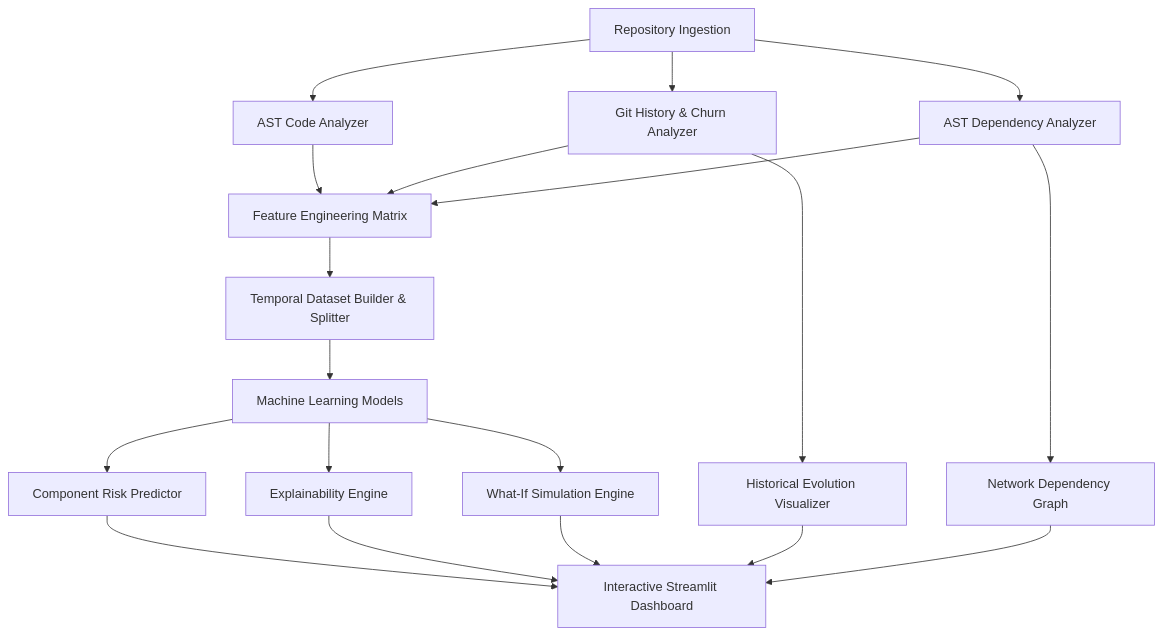
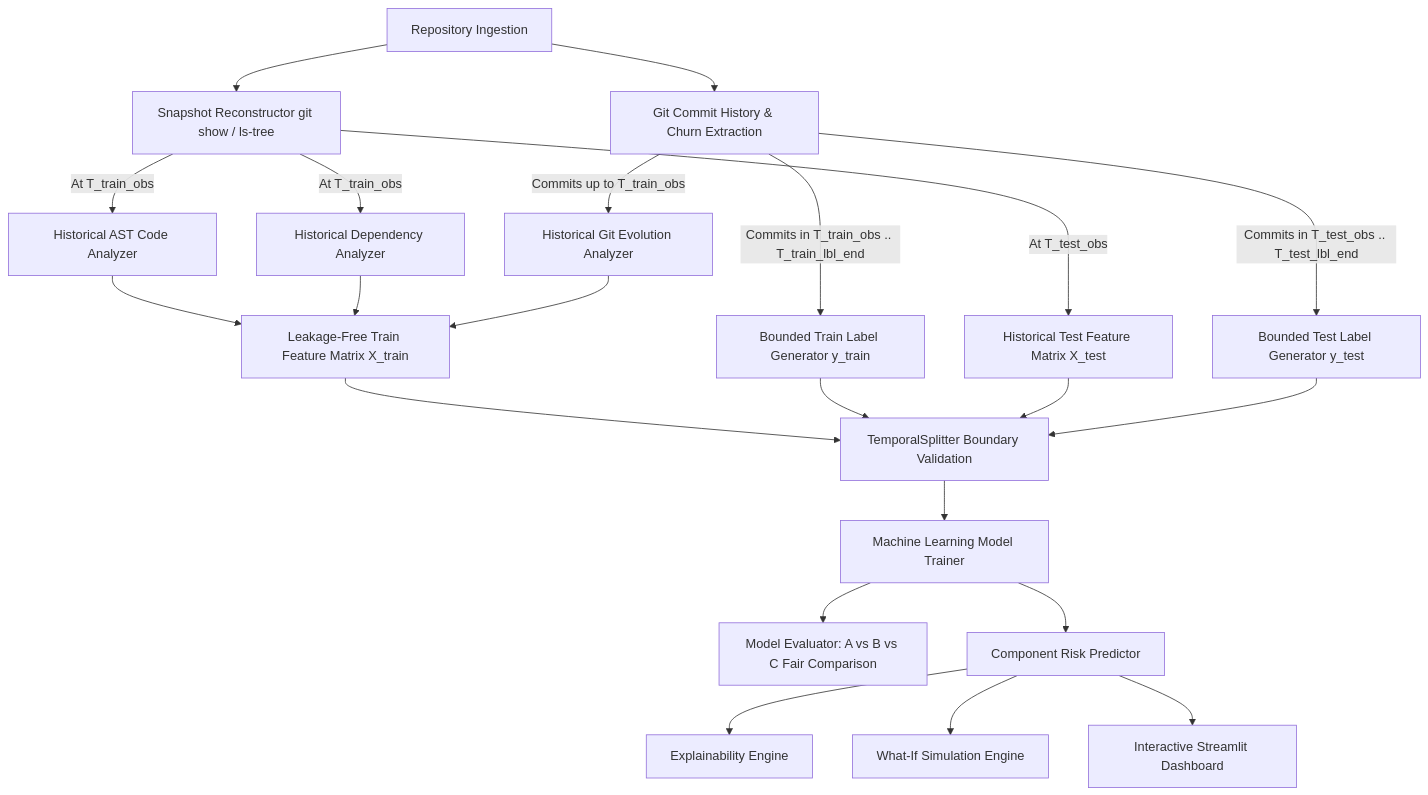
One commit to HarshG045/Softpluse changed the diagram in docs/architecture.md. Above: the diagram before and after it, drawn with Mermaid. The commit also changed other lines of this file and 40 other files, not shown here.

````diff
--- a/docs/architecture.md
+++ b/docs/architecture.md
@@ -7,25 +7,31 @@
 ```mermaid
 flowchart TD
-    A[Repository Ingestion] --> B[AST Code Analyzer]
-    A --> C[Git History & Churn Analyzer]
-    A --> D[AST Dependency Analyzer]
+    A[Repository Ingestion] --> B[Git Commit History & Churn Extraction]
+    A --> C[Snapshot Reconstructor git show / ls-tree]
     
-    B --> E[Feature Engineering Matrix]
-    C --> E
-    D --> E
+    C -->|At T_train_obs| D[Historical AST Code Analyzer]
+    C -->|At T_train_obs| E[Historical Dependency Analyzer]
+    B -->|Commits up to T_train_obs| F[Historical Git Evolution Analyzer]
     
-    E --> F[Temporal Dataset Builder & Splitter]
-    F --> G[Machine Learning Models]
+    D --> G[Leakage-Free Train Feature Matrix X_train]
+    E --> G
+    F --> G
     
-    G --> H[Component Risk Predictor]
-    G --> I[Explainability Engine]
-    G --> J[What-If Simulation Engine]
+    B -->|Commits in T_train_obs .. T_train_lbl_end| H[Bounded Train Label Generator y_train]
     
-    H --> K[Interactive Streamlit Dashboard]
+    C -->|At T_test_obs| I[Historical Test Feature Matrix X_test]
+    B -->|Commits in T_test_obs .. T_test_lbl_end| J[Bounded Test Label Generator y_test]
+    
+    G --> K[TemporalSplitter Boundary Validation]
+    H --> K
     I --> K
     J --> K
-    C --> L[Historical Evolution Visualizer]
-    D --> M[Network Dependency Graph]
-    L --> K
-    M --> K
+    
+    K --> L[Machine Learning Model Trainer]
+    L --> M[Model Evaluator: A vs B vs C Fair Comparison]
+    L --> N[Component Risk Predictor]
+    
+    N --> O[Explainability Engine]
+    N --> P[What-If Simulation Engine]
+    N --> Q[Interactive Streamlit Dashboard]
 ```
````
